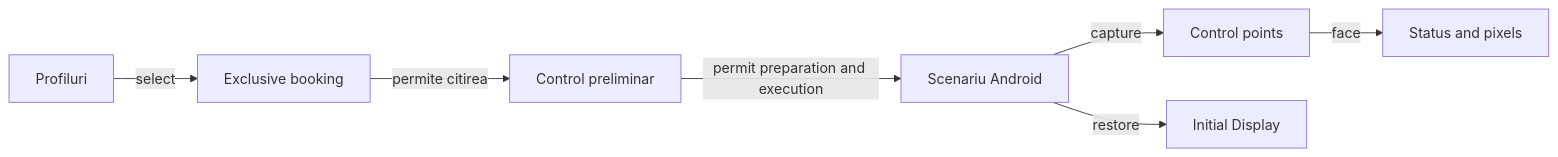
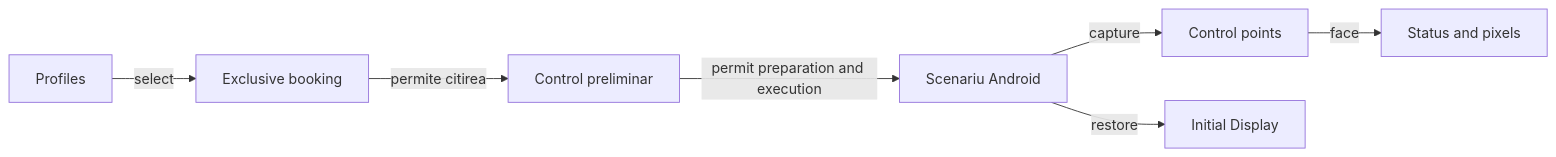
One commit to crististefanita/atf_j4 changed the diagram in docs/testing/ATF_Display.md. Above: the diagram before and after it, drawn with Mermaid. The commit also changed other lines of this file and 84 other files, not shown here.

````diff
--- a/docs/testing/ATF_Display.md
+++ b/docs/testing/ATF_Display.md
@@ -9,9 +9,9 @@
 ```mermaid
 flowchart LR
-    CONFIG[Profiluri] -->|select| LEASE[Exclusive booking]
+    CONFIG[Profiles] -->|select| LEASE[Exclusive booking]
     LEASE -->|permite citirea| PREFLIGHT[Control preliminar]
     PREFLIGHT -->|permit preparation and execution| RUN[Scenariu Android]
     RUN -->|capture| TRACE[Control points]
     RUN -->|restore| DISPLAY[Initial Display]
     TRACE -->|face| AUDIT[Status and pixels]
 ```
````
